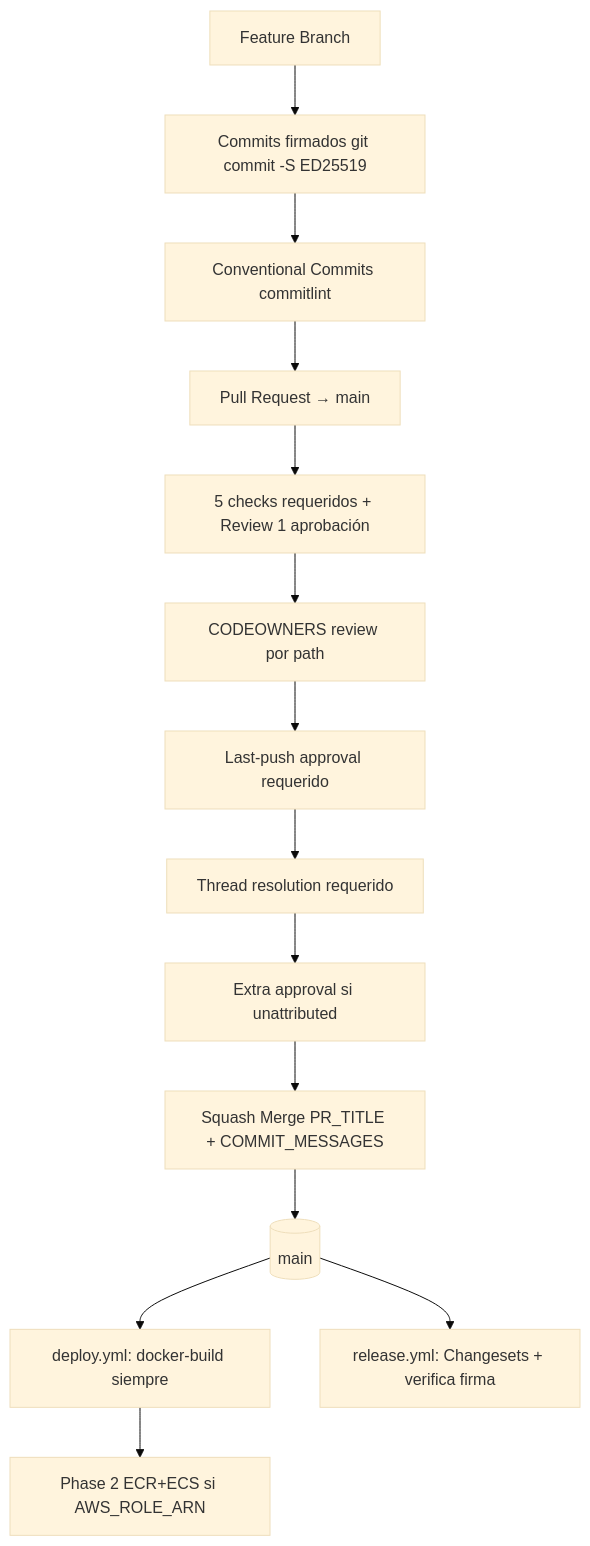
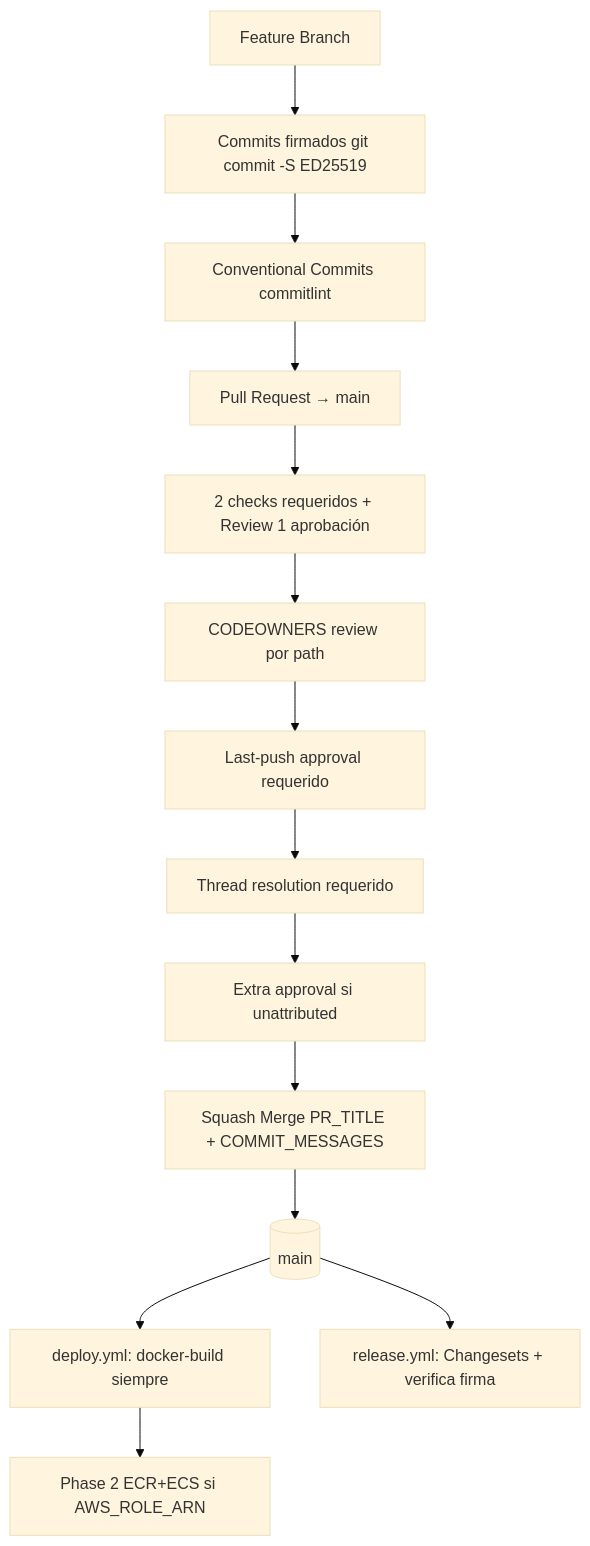
One commit to Freelancer-soluctions/Project-one changed the second of 2 diagrams in docs/CONTEXT-CICD.md. Above: the diagram before and after it, drawn with Mermaid (base theme). The commit also changed other lines of this file and 58 other files, not shown here.

````diff
--- a/docs/CONTEXT-CICD.md
+++ b/docs/CONTEXT-CICD.md
@@ -507,16 +527,16 @@
 ```mermaid
 flowchart TD
     FB[Feature Branch] --> COMMITS[Commits firmados git commit -S ED25519]
     COMMITS --> CC[Conventional Commits commitlint]
     CC --> PR[Pull Request → main]
-    PR --> GATE[5 checks requeridos + Review 1 aprobación]
+    PR --> GATE[2 checks requeridos + Review 1 aprobación]
     GATE --> CODEOWNERS[CODEOWNERS review por path]
     CODEOWNERS --> LAST_PUSH[Last-push approval requerido]
     LAST_PUSH --> THREADS[Thread resolution requerido]
     THREADS --> EXTRA[Extra approval si unattributed]
     EXTRA --> SQUASH[Squash Merge PR_TITLE + COMMIT_MESSAGES]
     SQUASH --> MAIN[(main)]
     MAIN --> DEPLOY[deploy.yml: docker-build siempre]
     MAIN --> RELEASE[release.yml: Changesets + verifica firma]
     DEPLOY --> PHASE2[Phase 2 ECR+ECS si AWS_ROLE_ARN]
 ```
````
